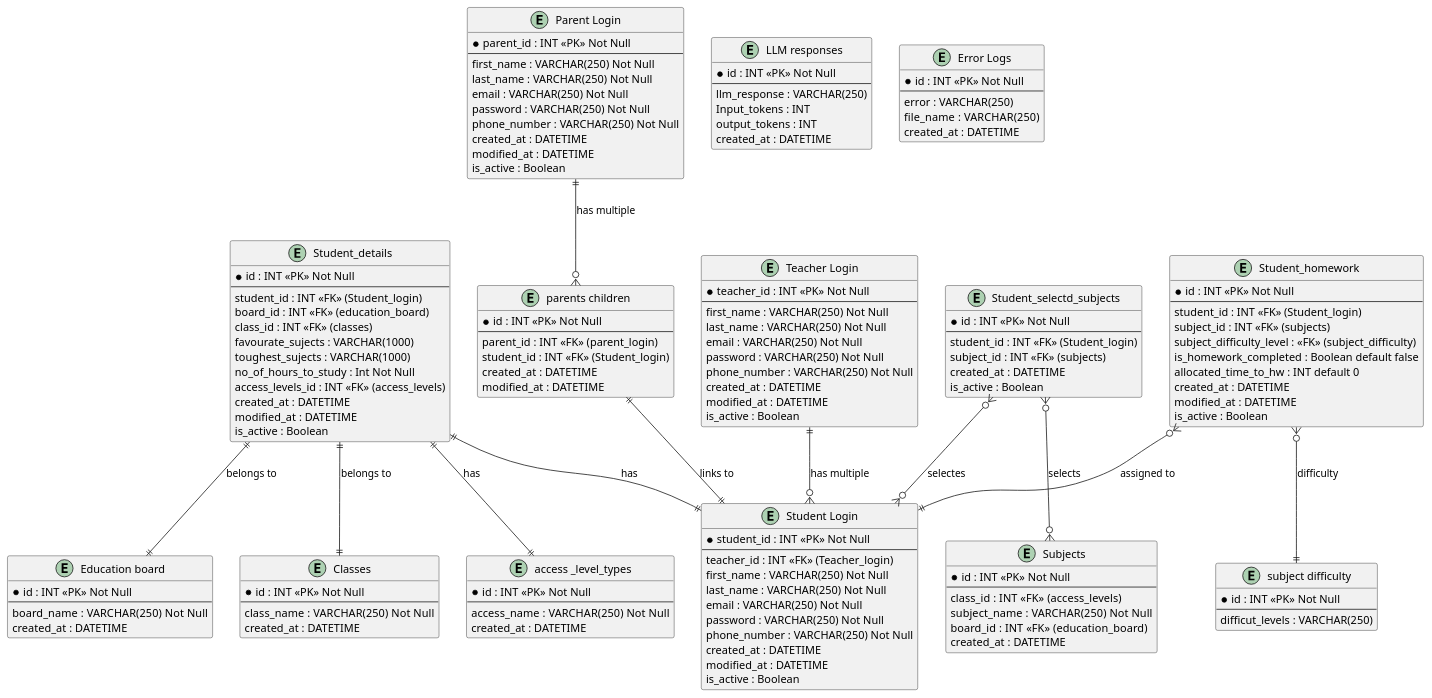
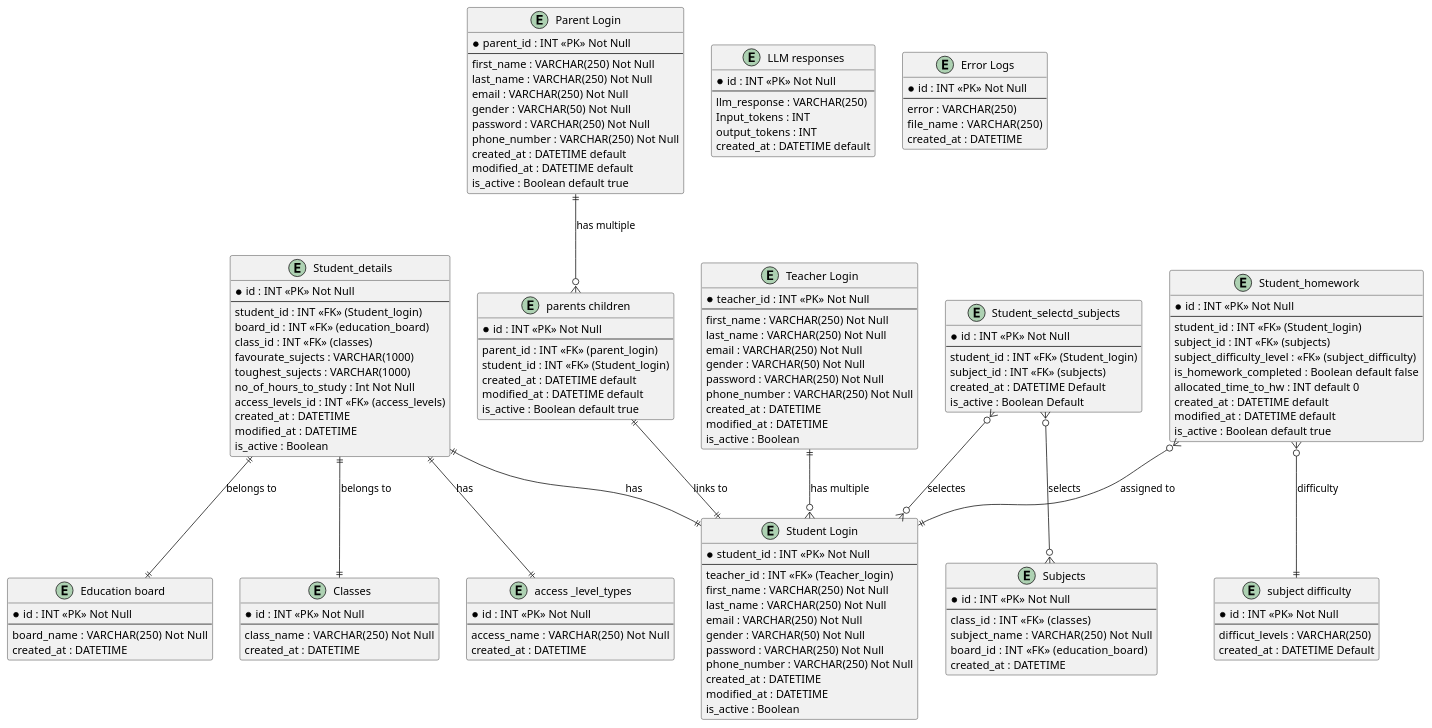
Before and after one commit to ManojKumarSreeram/Tution: the diagram in ER_DD/erdiagrm.puml, drawn with PlantUML. The commit also changed 4 other files, not shown here.

```diff
--- a/ER_DD/erdiagrm.puml
+++ b/ER_DD/erdiagrm.puml
@@ -1,167 +1,170 @@
 @startuml "Tution"
 
 entity "Teacher Login" as teacher_login {
   *teacher_id : INT <<PK>> Not Null
   --
   first_name : VARCHAR(250) Not Null 
   last_name : VARCHAR(250) Not Null
   email : VARCHAR(250) Not Null
+  gender : VARCHAR(50) Not Null
   password : VARCHAR(250) Not Null
   phone_number : VARCHAR(250) Not Null
   created_at : DATETIME
   modified_at : DATETIME
   is_active : Boolean 
 }
 
 entity "Student Login" as student_login{
   *student_id : INT <<PK>> Not Null
   --
   teacher_id : INT <<FK>> (Teacher_login)
   first_name : VARCHAR(250) Not Null 
   last_name : VARCHAR(250) Not Null
   email : VARCHAR(250) Not Null
+  gender : VARCHAR(50) Not Null
   password : VARCHAR(250) Not Null
   phone_number : VARCHAR(250) Not Null
   created_at : DATETIME
   modified_at : DATETIME
   is_active : Boolean 
 }
 
 entity "Education board" as education_board{
   *id : INT <<PK>> Not Null
   --
   board_name :  VARCHAR(250) Not Null
   created_at : DATETIME
 }
 
 entity "Classes" as classes{
   *id : INT <<PK>> Not Null
   --
   class_name :  VARCHAR(250) Not Null
   created_at : DATETIME
 }
 
 entity "access _level_types" as access_levels{
    *id : INT <<PK>> Not Null
   --
   access_name :  VARCHAR(250) Not Null
   created_at : DATETIME
 }
 
 entity "Subjects" as subjects{
    *id : INT <<PK>> Not Null
   --
-  class_id :  INT <<FK>> (access_levels)
+  class_id :  INT <<FK>> (classes)
   subject_name :  VARCHAR(250) Not Null
   board_id :  INT <<FK>> (education_board)
   created_at : DATETIME
 }
 
 entity "Student_details" as student_details{
   *id : INT <<PK>> Not Null
   --
   student_id : INT <<FK>> (Student_login)
   board_id : INT <<FK>> (education_board)
   class_id : INT <<FK>> (classes)
   favourate_sujects : VARCHAR(1000)
   toughest_sujects : VARCHAR(1000)
   no_of_hours_to_study : Int Not Null
   access_levels_id : INT <<FK>> (access_levels)
   created_at : DATETIME
   modified_at : DATETIME
   is_active : Boolean 
 }
 
 entity "Student_selectd_subjects" as student_selected_subjects{
    *id : INT <<PK>> Not Null
   --
   student_id : INT <<FK>> (Student_login)
   subject_id : INT <<FK>> (subjects)
-  ' class_id : INT <<FK>> (classes)
-  created_at : DATETIME
-  is_active : Boolean
+  created_at : DATETIME Default
+  is_active : Boolean Default
 }
 
 entity "subject difficulty" as subject_difficulty{
    *id : INT <<PK>> Not Null
    --
    difficut_levels : VARCHAR(250) 
+   created_at : DATETIME Default
 }
 
 entity "Student_homework" as student_homework{
    *id : INT <<PK>> Not Null
   --
   student_id : INT <<FK>> (Student_login)
   subject_id : INT <<FK>> (subjects)
-  ' class_id : INT <<FK>> (classes)
   subject_difficulty_level : <<FK>> (subject_difficulty)
   is_homework_completed : Boolean default false
   allocated_time_to_hw : INT default 0
-  created_at : DATETIME
-  modified_at : DATETIME
-  is_active : Boolean
+  created_at : DATETIME default
+  modified_at : DATETIME default
+  is_active : Boolean default true
 }
 
 entity "LLM responses" as llm_response{
   *id : INT <<PK>> Not Null
   --
   llm_response : VARCHAR(250)
   Input_tokens : INT
   output_tokens : INT
-  created_at : DATETIME
+  created_at : DATETIME default
 }
 
 entity "Error Logs" as error_logs{
   *id : INT <<PK>> Not Null
   --
   error : VARCHAR(250)
   file_name :  VARCHAR(250)
   created_at : DATETIME
 }
 
 entity "Parent Login" as parent_login {
   *parent_id : INT <<PK>> Not Null
   --
   first_name : VARCHAR(250) Not Null 
   last_name : VARCHAR(250) Not Null
   email : VARCHAR(250) Not Null
+  gender : VARCHAR(50) Not Null
   password : VARCHAR(250) Not Null
   phone_number : VARCHAR(250) Not Null
-  created_at : DATETIME
-  modified_at : DATETIME
-  is_active : Boolean 
+  created_at : DATETIME default
+  modified_at : DATETIME default
+  is_active : Boolean default true
 }
 
 entity "parents children" as parent_student{
    *id : INT <<PK>> Not Null
   --
   parent_id : INT <<FK>> (parent_login)
   student_id : INT <<FK>> (Student_login)
-  created_at : DATETIME
-  modified_at : DATETIME
+  created_at : DATETIME default
+  modified_at : DATETIME default
+  is_active : Boolean default true
 }
 
 ' Relationships
 teacher_login ||--o{ student_login : has multiple
 
 student_details ||--|| student_login : has
 student_details ||--|| education_board : belongs to
 student_details ||--|| classes : belongs to
 student_details ||--|| access_levels : has
 
 
 
 student_selected_subjects }o--o{ student_login : selectes
 student_selected_subjects }o--o{ subjects : selects
 
 
 student_homework }o--|| student_login : assigned to
 
 student_homework }o--|| subject_difficulty : difficulty
 
 parent_login ||--o{ parent_student : has multiple
 parent_student ||--|| student_login : links to
 
 
 
 @enduml
```
